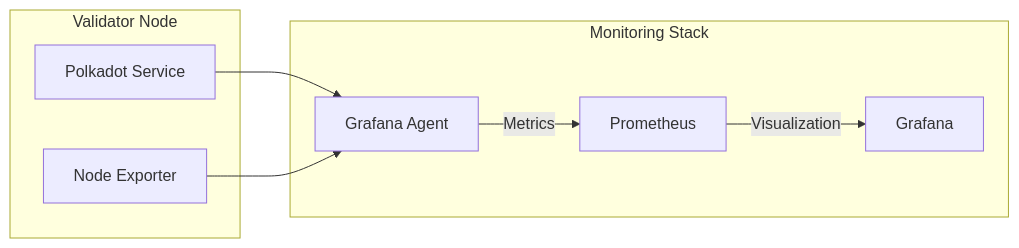
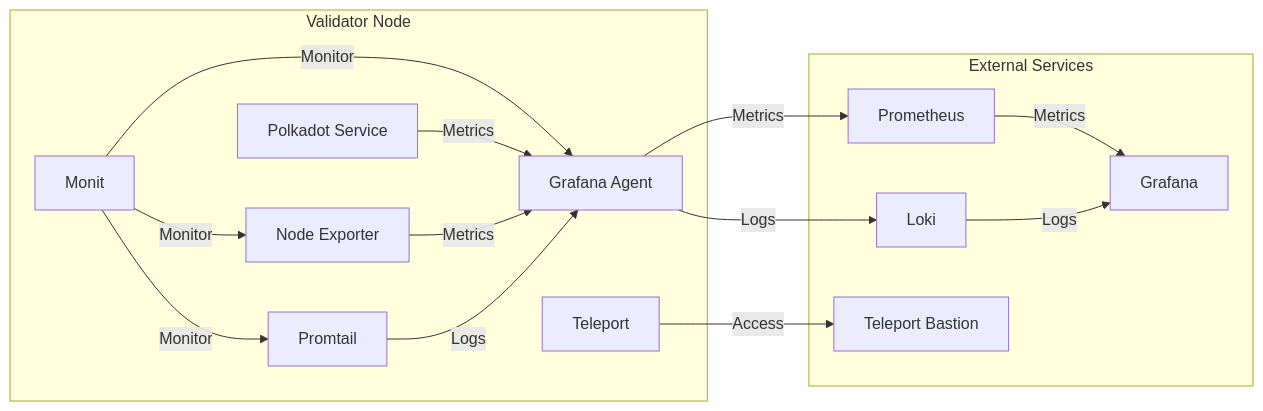
The second of 2 diagrams in README.md (pampatzoglou/provision-validators), drawn with Mermaid before and after one commit. The commit also changed other lines of this file and 2 other files, not shown here.

````diff
--- a/README.md
+++ b/README.md
@@ -51,15 +68,30 @@
 ```mermaid
 graph LR
     subgraph Validator Node
         A[Polkadot Service]
         B[Node Exporter]
+        C[Grafana Agent]
+        D[Promtail]
+        E[Monit] --> |Monitor| C
+        E --> |Monitor| B
+        E --> |Monitor| D
+        T[Teleport]
     end
 
-    subgraph Monitoring Stack
-        C[Grafana Agent] --> |Metrics| D[Prometheus]
-        D --> |Visualization| E[Grafana]
+    subgraph External Services
+        I[Prometheus]
+        J[Grafana]
+        K[Loki]
+        I --> |Metrics| J
+        K --> |Logs| J
+        M[Teleport Bastion]
     end
 
-    A --> C
-    B --> C
+    A --> |Metrics| C
+    B --> |Metrics| C
+    D --> |Logs| C
+    C --> |Metrics| I
+    C --> |Logs| K
+
+    T --> |Access| M
 ```
````
